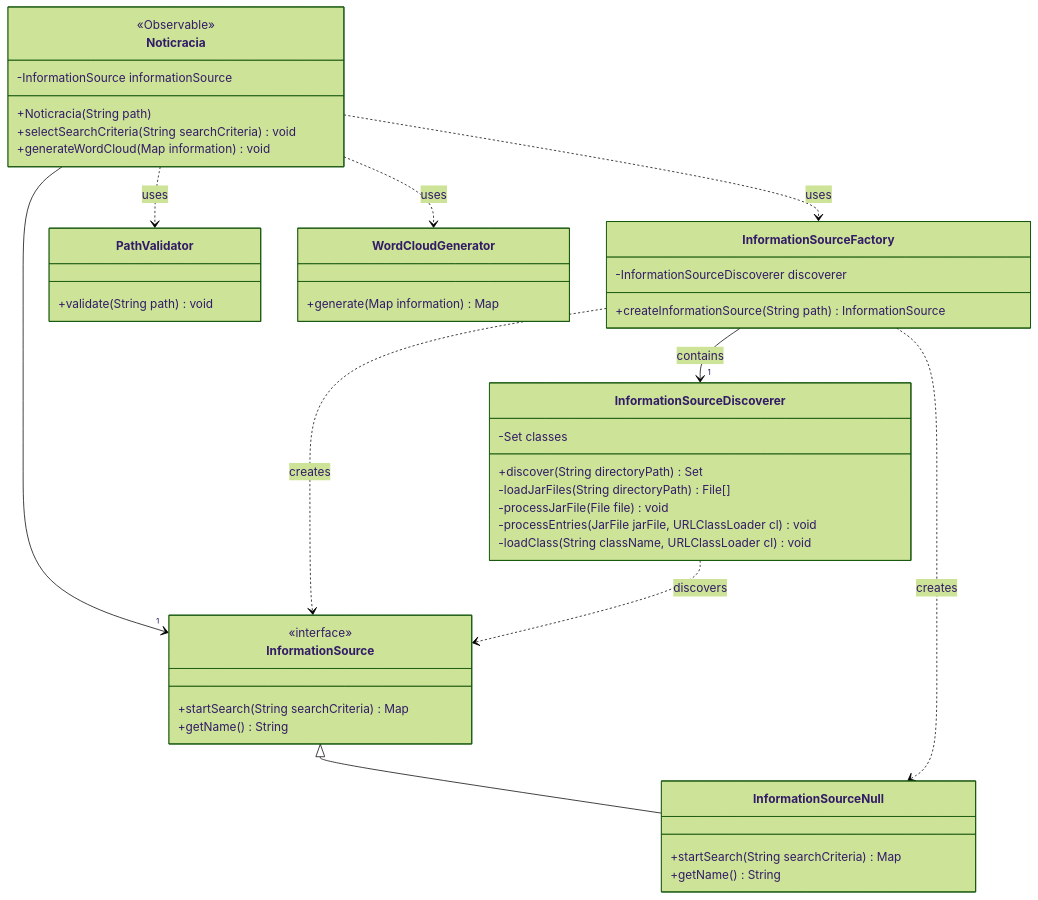
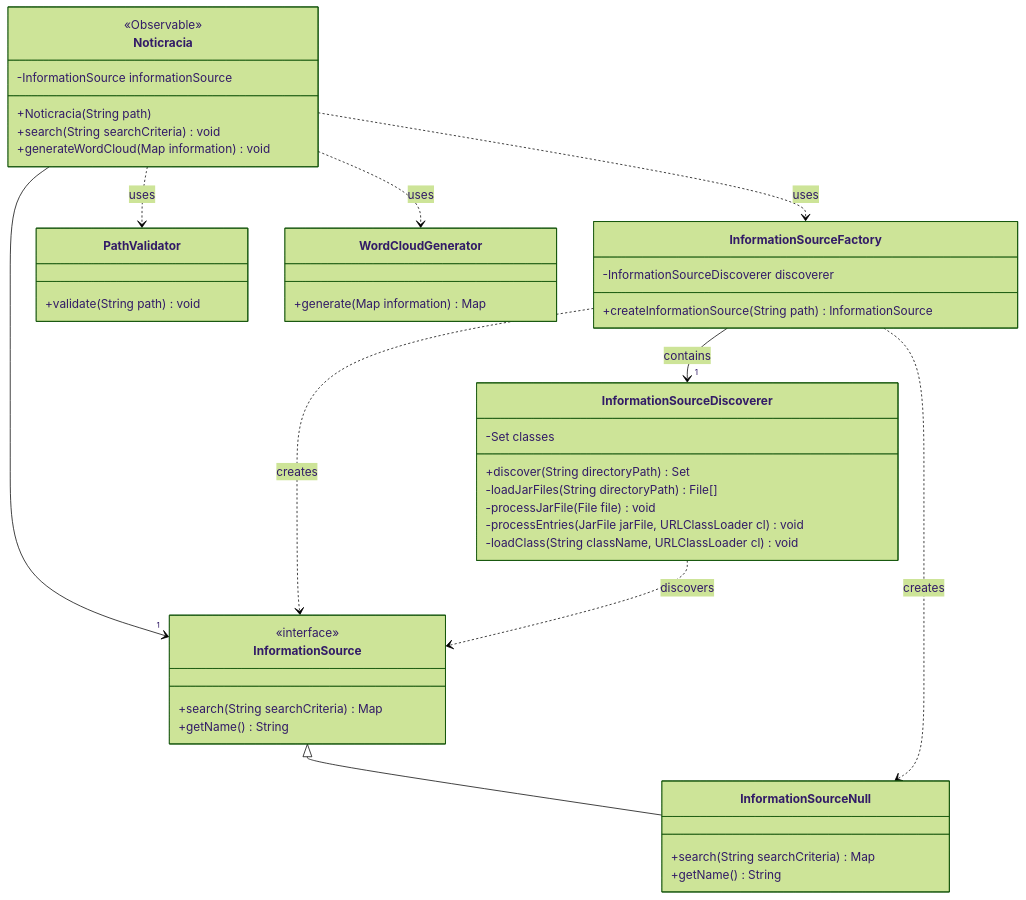
Before and after one commit to juanmanuellosada/noticracia-core: the first of 5 diagrams in README.md, drawn with Mermaid (forest theme). The commit also changed other lines of this file and 3 other files, not shown here.

````diff
--- a/README.md
+++ b/README.md
@@ -5,47 +5,47 @@
 ```mermaid
 classDiagram
     class Noticracia {
         <<Observable>>
         -InformationSource informationSource
         +Noticracia(String path)
-        +selectSearchCriteria(String searchCriteria) void
+        +search(String searchCriteria) void
         +generateWordCloud(Map information) void
     }
     class InformationSource {
         <<interface>>
-        +startSearch(String searchCriteria) Map<String, String>
+        +search(String searchCriteria) Map<String, String>
         +getName() String
     }
     class InformationSourceNull {
-        +startSearch(String searchCriteria) Map<String, String>
+        +search(String searchCriteria) Map<String, String>
         +getName() String
     }
     class InformationSourceDiscoverer {
         -Set classes
         +discover(String directoryPath) Set
         -loadJarFiles(String directoryPath) File[]
         -processJarFile(File file) void
         -processEntries(JarFile jarFile, URLClassLoader cl) void
         -loadClass(String className, URLClassLoader cl) void
     }
     class InformationSourceFactory {
         -InformationSourceDiscoverer discoverer
         +createInformationSource(String path) InformationSource
     }
     class PathValidator {
         +validate(String path) void
     }
     class WordCloudGenerator {
         +generate(Map information) Map
     }
 
     Noticracia --> "1" InformationSource
     Noticracia ..> InformationSourceFactory : uses
     Noticracia ..> WordCloudGenerator : uses
     Noticracia ..> PathValidator : uses
     InformationSource <|-- InformationSourceNull
     InformationSourceFactory --> "1" InformationSourceDiscoverer : contains
     InformationSourceFactory ..> InformationSource : creates
     InformationSourceFactory ..> InformationSourceNull : creates
     InformationSourceDiscoverer ..> InformationSource : discovers
 ```
````
